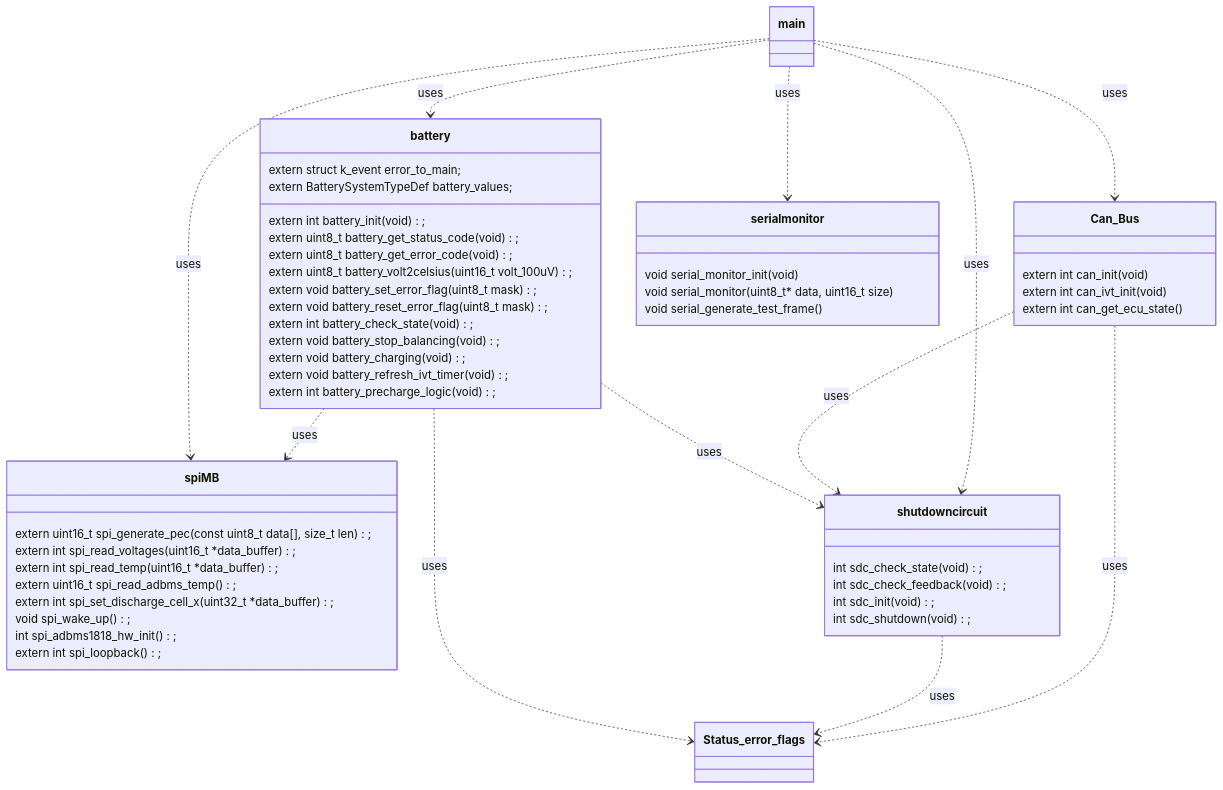
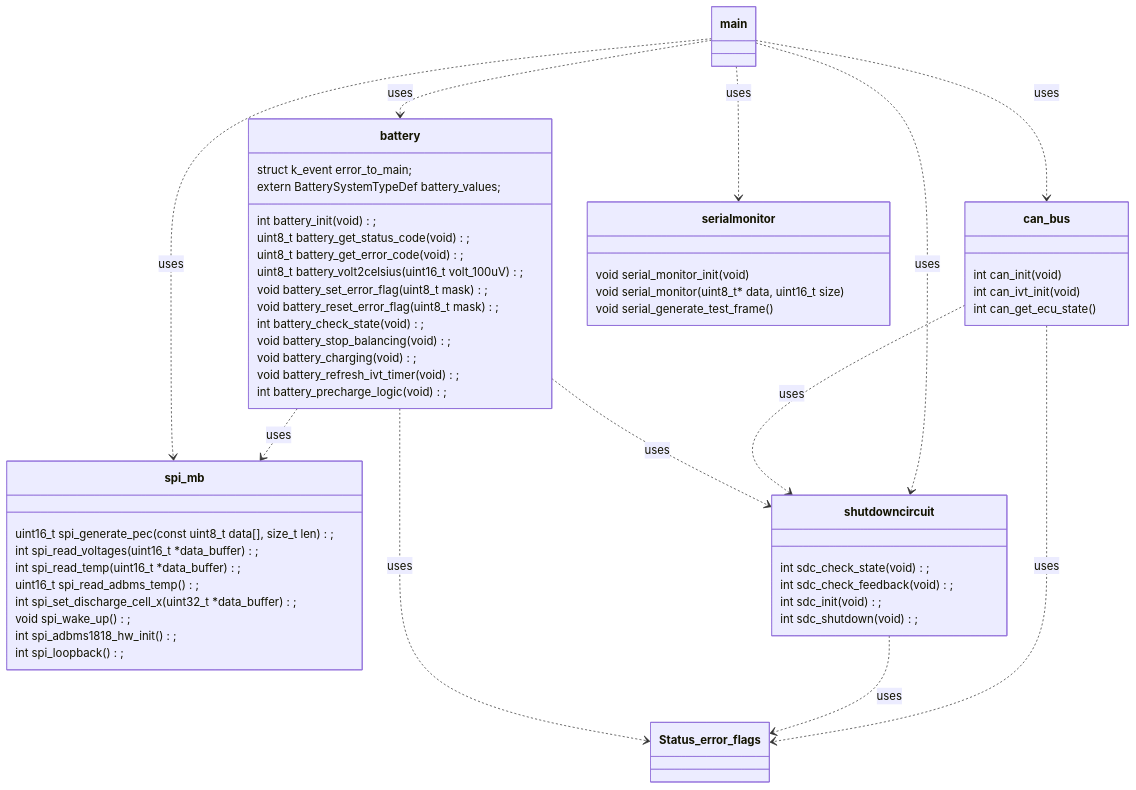
One commit to renolluc/BMS_zephyr changed the first of 3 diagrams in README.md. Above: the diagram before and after it, drawn with Mermaid. The commit also changed 2 other files, not shown here.

Commit message:
Anpassungen Readme .gitignore und Doxyfile an neue Modulnamen

````diff
--- a/README.md
+++ b/README.md
@@ -67,71 +67,71 @@
 ```mermaid
 classDiagram
 
     class main
 
-    class Can_Bus{
-        extern int can_init(void)
-        extern int can_ivt_init(void)
-        extern int can_get_ecu_state()
+    class can_bus{
+        int can_init(void)
+        int can_ivt_init(void)
+        int can_get_ecu_state()
     }
 
-    class spiMB{
-        extern uint16_t spi_generate_pec(const uint8_t data[], size_t len);
-        extern int spi_read_voltages(uint16_t *data_buffer);
-        extern int spi_read_temp(uint16_t *data_buffer);
-        extern uint16_t spi_read_adbms_temp();
-        extern int spi_set_discharge_cell_x(uint32_t *data_buffer);
+    class spi_mb{
+        uint16_t spi_generate_pec(const uint8_t data[], size_t len);
+        int spi_read_voltages(uint16_t *data_buffer);
+        int spi_read_temp(uint16_t *data_buffer);
+        uint16_t spi_read_adbms_temp();
+        int spi_set_discharge_cell_x(uint32_t *data_buffer);
         void spi_wake_up();
         int spi_adbms1818_hw_init();
-        extern int spi_loopback();
+        int spi_loopback();
     }
 
     class battery{
-        extern struct k_event error_to_main;
+        struct k_event error_to_main;
         extern BatterySystemTypeDef battery_values;
 
-        extern int battery_init(void);
-        extern uint8_t battery_get_status_code(void);
-        extern uint8_t battery_get_error_code(void);
-        extern uint8_t battery_volt2celsius(uint16_t volt_100uV);
-        extern void battery_set_error_flag(uint8_t mask);
-        extern void battery_reset_error_flag(uint8_t mask);
-        extern int battery_check_state(void);
-        extern void battery_stop_balancing(void);
-        extern void battery_charging(void);
-        extern void battery_refresh_ivt_timer(void);
-        extern int battery_precharge_logic(void);
+        int battery_init(void);
+        uint8_t battery_get_status_code(void);
+        uint8_t battery_get_error_code(void);
+        uint8_t battery_volt2celsius(uint16_t volt_100uV);
+        void battery_set_error_flag(uint8_t mask);
+        void battery_reset_error_flag(uint8_t mask);
+        int battery_check_state(void);
+        void battery_stop_balancing(void);
+        void battery_charging(void);
+        void battery_refresh_ivt_timer(void);
+        int battery_precharge_logic(void);
     }
 
     class shutdowncircuit{
         int sdc_check_state(void);
         int sdc_check_feedback(void);
         int sdc_init(void);
         int sdc_shutdown(void);
     }
 
     class serialmonitor{
         void serial_monitor_init(void)
         void serial_monitor(uint8_t* data, uint16_t size)
         void serial_generate_test_frame()
     }
 
 
     class Status_error_flags{
 
     }
 
     main ..> battery : uses
-    main ..> Can_Bus : uses
+    main ..> can_bus : uses
     main ..> serialmonitor : uses
     main ..> shutdowncircuit : uses
-    battery ..> spiMB : uses
-    Can_Bus ..> Status_error_flags: uses
+    battery ..> spi_mb : uses
+    can_bus ..> Status_error_flags: uses
     shutdowncircuit ..> Status_error_flags : uses
     battery ..> Status_error_flags : uses
-    main ..> spiMB : uses
-    Can_Bus ..> shutdowncircuit : uses    
+    main ..> spi_mb : uses
+    can_bus ..> shutdowncircuit : uses    
     battery ..> shutdowncircuit : uses
 
 
 ```
````
